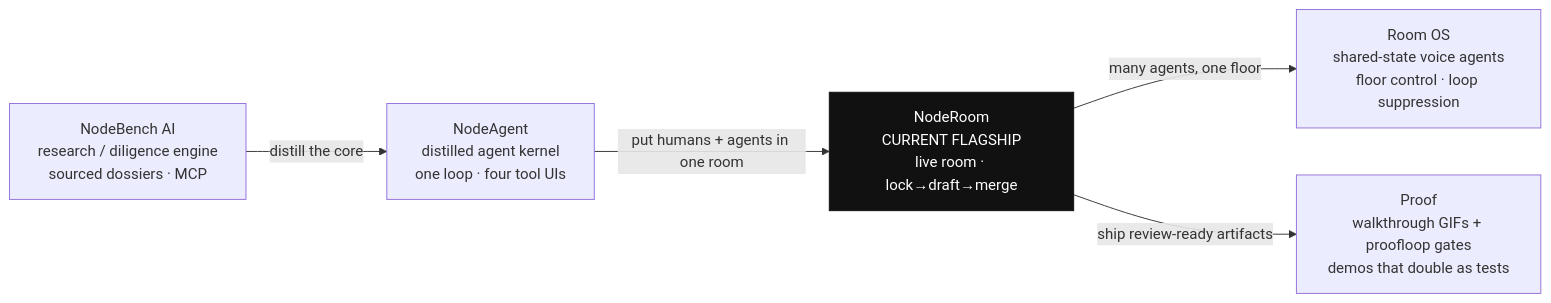
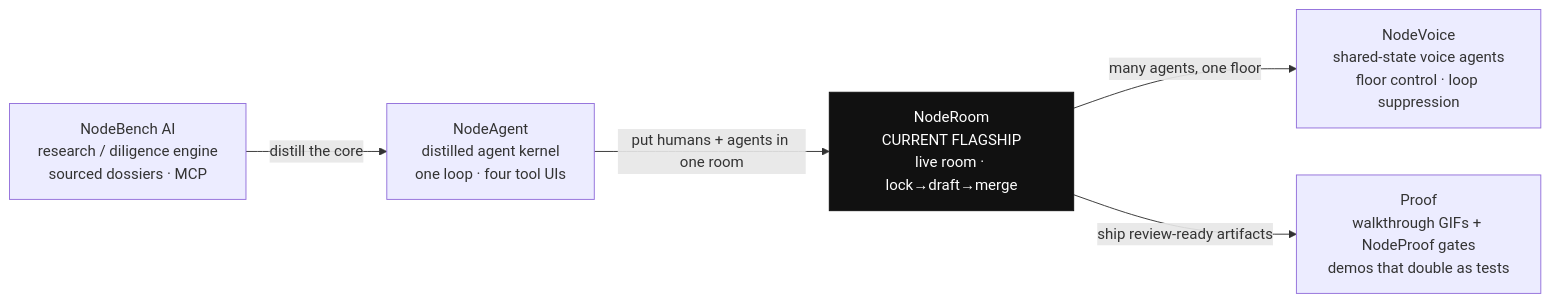
Before and after one commit to HomenShum/HomenShum: the diagram in README.md, drawn with Mermaid. The commit also changed other lines of this file and 3 other files, not shown here.

````diff
--- a/README.md
+++ b/README.md
@@ -71,15 +71,15 @@
 ```mermaid
 flowchart LR
     NB["NodeBench AI<br/>research / diligence engine<br/>sourced dossiers · MCP"]
     NA["NodeAgent<br/>distilled agent kernel<br/>one loop · four tool UIs"]
     NR["NodeRoom<br/>CURRENT FLAGSHIP<br/>live room · lock→draft→merge"]
-    RO["Room OS<br/>shared-state voice agents<br/>floor control · loop suppression"]
-    PF["Proof<br/>walkthrough GIFs + proofloop gates<br/>demos that double as tests"]
+    RO["NodeVoice<br/>shared-state voice agents<br/>floor control · loop suppression"]
+    PF["Proof<br/>walkthrough GIFs + NodeProof gates<br/>demos that double as tests"]
 
     NB -->|distill the core| NA
     NA -->|put humans + agents in one room| NR
     NR -->|many agents, one floor| RO
     NR -->|ship review-ready artifacts| PF
 
     style NR fill:#111,color:#fff,stroke:#111
 ```
````
